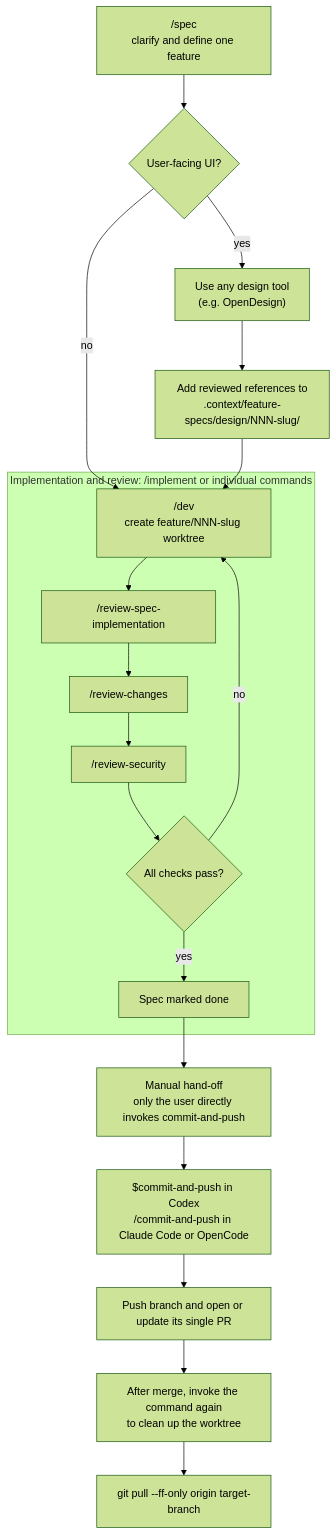
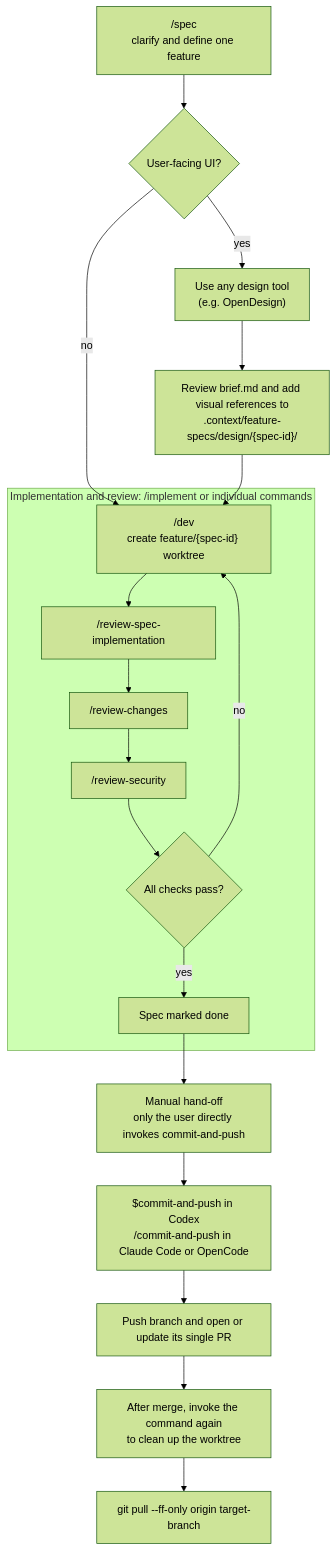
Before and after one commit to the-blue-coder/agentic-starter: the third of 3 diagrams in README.md, drawn with Mermaid (forest theme). The commit also changed other lines of this file and 27 other files, not shown here.

Commit message:
expand feature planning and design handoffs

````diff
--- a/README.md
+++ b/README.md
@@ -89,23 +89,23 @@
 ```mermaid
 flowchart TD
   spec["/spec<br/>clarify and define one feature"] --> ui{"User-facing UI?"}
   ui -- yes --> designTool["Use any design tool<br/>(e.g. OpenDesign)"]
-  designTool --> export["Add reviewed references to<br/>.context/feature-specs/design/NNN-slug/"]
-  ui -- no --> dev["/dev<br/>create feature/NNN-slug worktree"]
+  designTool --> export["Review brief.md and add visual references to<br/>.context/feature-specs/design/{spec-id}/"]
+  ui -- no --> dev["/dev<br/>create feature/{spec-id} worktree"]
   export --> dev
 
   subgraph reviewLoop["Implementation and review: /implement or individual commands"]
     dev --> verify["/review-spec-implementation"]
     verify --> conventions["/review-changes"]
     conventions --> security["/review-security"]
     security --> clean{"All checks pass?"}
     clean -- no --> dev
     clean -- yes --> done["Spec marked done"]
   end
 
   done --> gate["Manual hand-off<br/>only the user directly invokes commit-and-push"]
   gate --> ship["$commit-and-push in Codex<br/>/commit-and-push in Claude Code or OpenCode"]
   ship --> pr["Push branch and open or update its single PR"]
   pr --> merged["After merge, invoke the command again<br/>to clean up the worktree"]
   merged --> pull["git pull --ff-only origin target-branch"]
 ```
````
